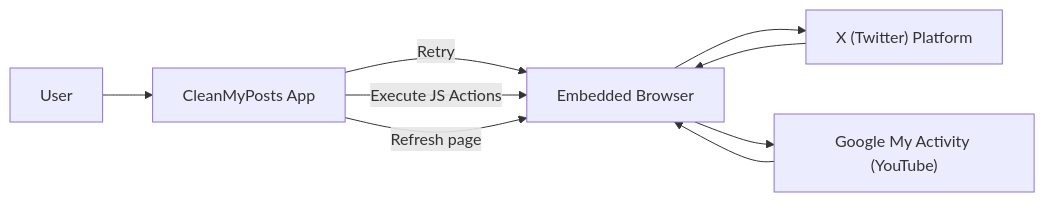
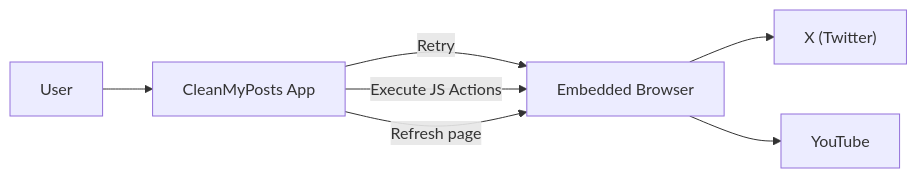
The diagram in README.md (thorstenalpers/CleanMyPosts), drawn with Mermaid before and after one commit. The commit also changed other lines of this file and 2 other files, not shown here.

````diff
--- a/README.md
+++ b/README.md
@@ -19,18 +18,16 @@
 ```mermaid
 %%{init: {"flowchart": {"diagramPadding": 125}}}%%
 flowchart LR
     U["User"]
     A["CleanMyPosts App"]
     B["Embedded Browser"]
-    X["X (Twitter) Platform"]
-    Y["Google My Activity (YouTube)"]
+    X["X (Twitter)"]
+    Y["YouTube"]
 
     U -->A
     A -->|Retry|B
     A -->|Execute JS Actions|B
     A -->|Refresh page|B
     B -->X
     B -->Y
-    X -->B
-    Y -->B
 ```
````
